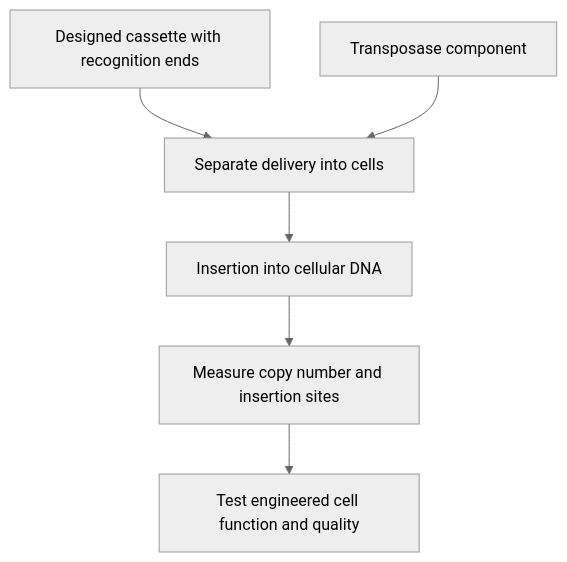
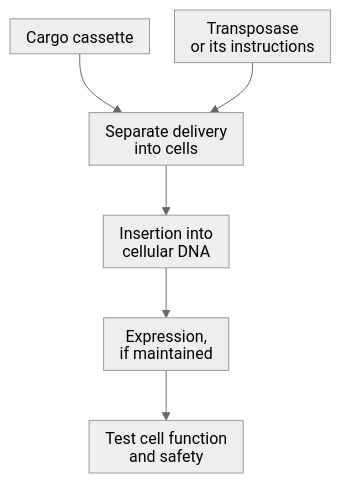
One commit to jasonLaster/oncoguide changed the diagram in wiki/education/concepts/engineering-and-manufacturing/delivery-vehicles/transposon.md. Above: the diagram before and after it, drawn with Mermaid (neutral theme). The commit also changed other lines of this file and 43 other files, not shown here.

Commit message:
education: sync engineered-cell curriculum and native diagram settings

````diff
--- a/wiki/education/concepts/engineering-and-manufacturing/delivery-vehicles/transposon.md
+++ b/wiki/education/concepts/engineering-and-manufacturing/delivery-vehicles/transposon.md
@@ -38,8 +41,9 @@
 ```mermaid
+%%{init: {"htmlLabels":false,"flowchart":{"htmlLabels":false,"padding":8,"nodeSpacing":25}}}%%
 flowchart TD
-  A[Designed cassette with recognition ends] --> C[Separate delivery into cells]
-  B[Transposase component] --> C
-  C --> D[Insertion into cellular DNA]
-  D --> E[Measure copy number and insertion sites]
-  E --> F[Test engineered cell function and quality]
+  A["Cargo cassette"] --> C["Separate delivery<br/>into cells"]
+  B["Transposase<br/>or its instructions"] --> C
+  C --> D["Insertion into<br/>cellular DNA"]
+  D --> E["Expression,<br/>if maintained"]
+  E --> F["Test cell function<br/>and safety"]
 ```
````
